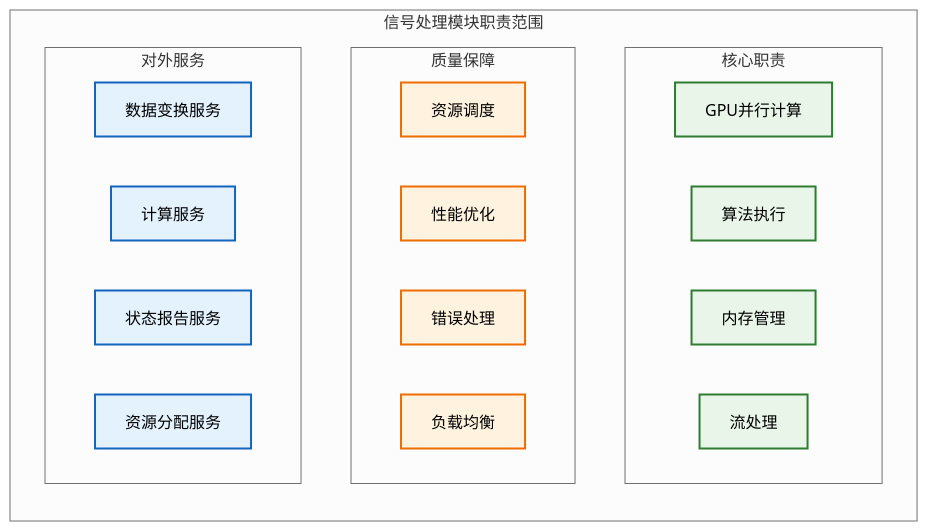
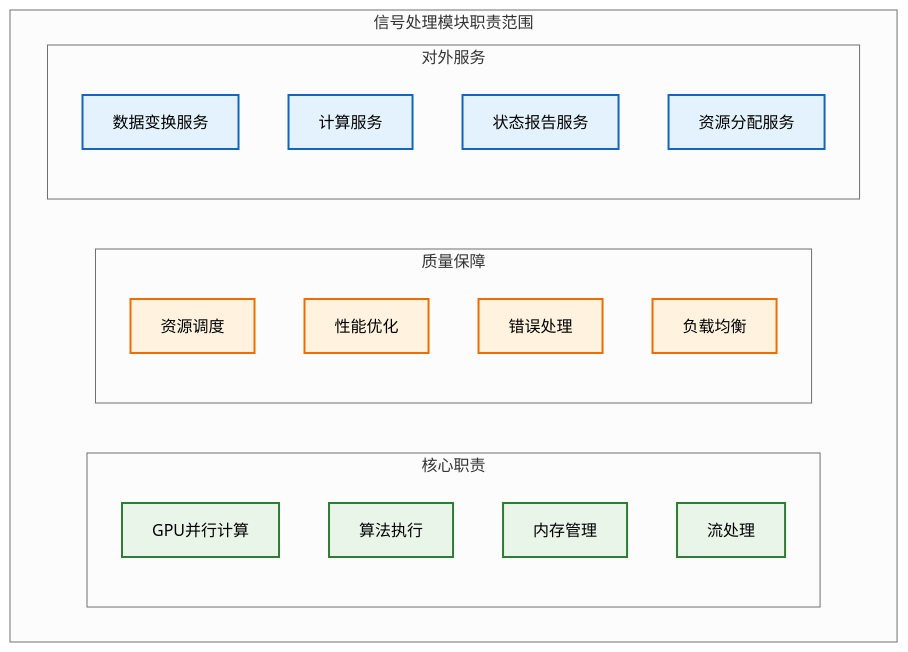
One commit to wendizhou99-cell/Radar changed the first of 15 diagrams in docs/01_项目设计/02_模块设计/02_信号处理模块设计.md. Above: the diagram before and after it, drawn with Mermaid (neutral theme). The commit also changed other lines of this file and 7 other files, not shown here.

````diff
--- a/docs/01_项目设计/02_模块设计/02_信号处理模块设计.md
+++ b/docs/01_项目设计/02_模块设计/02_信号处理模块设计.md
@@ -67,37 +69,37 @@
 ```mermaid
-graph TB
+graph BT
     subgraph "信号处理模块职责范围"
-        direction TB
+        direction RL
 
         subgraph "核心职责"
             GPU_COMPUTE[GPU并行计算]
             ALGORITHM_EXEC[算法执行]
             MEMORY_MANAGE[内存管理]
             STREAM_PROCESS[流处理]
         end
 
         subgraph "质量保障"
             RESOURCE_SCHEDULE[资源调度]
             PERFORMANCE_OPT[性能优化]
             ERROR_HANDLE[错误处理]
             LOAD_BALANCE[负载均衡]
         end
 
         subgraph "对外服务"
             DATA_TRANSFORM[数据变换服务]
             COMPUTE_SERVICE[计算服务]
             STATUS_REPORT[状态报告服务]
             RESOURCE_ALLOC[资源分配服务]
         end
 
         %% 此图仅展示功能分组，不表示组件间的直接调用关系
     end
 
     classDef core fill:#e8f5e8,stroke:#2e7d32,stroke-width:2px
     classDef quality fill:#fff3e0,stroke:#ef6c00,stroke-width:2px
     classDef service fill:#e3f2fd,stroke:#1565c0,stroke-width:2px
 
     class GPU_COMPUTE,ALGORITHM_EXEC,MEMORY_MANAGE,STREAM_PROCESS core
     class RESOURCE_SCHEDULE,PERFORMANCE_OPT,ERROR_HANDLE,LOAD_BALANCE quality
     class DATA_TRANSFORM,COMPUTE_SERVICE,STATUS_REPORT,RESOURCE_ALLOC service
 ```
````
